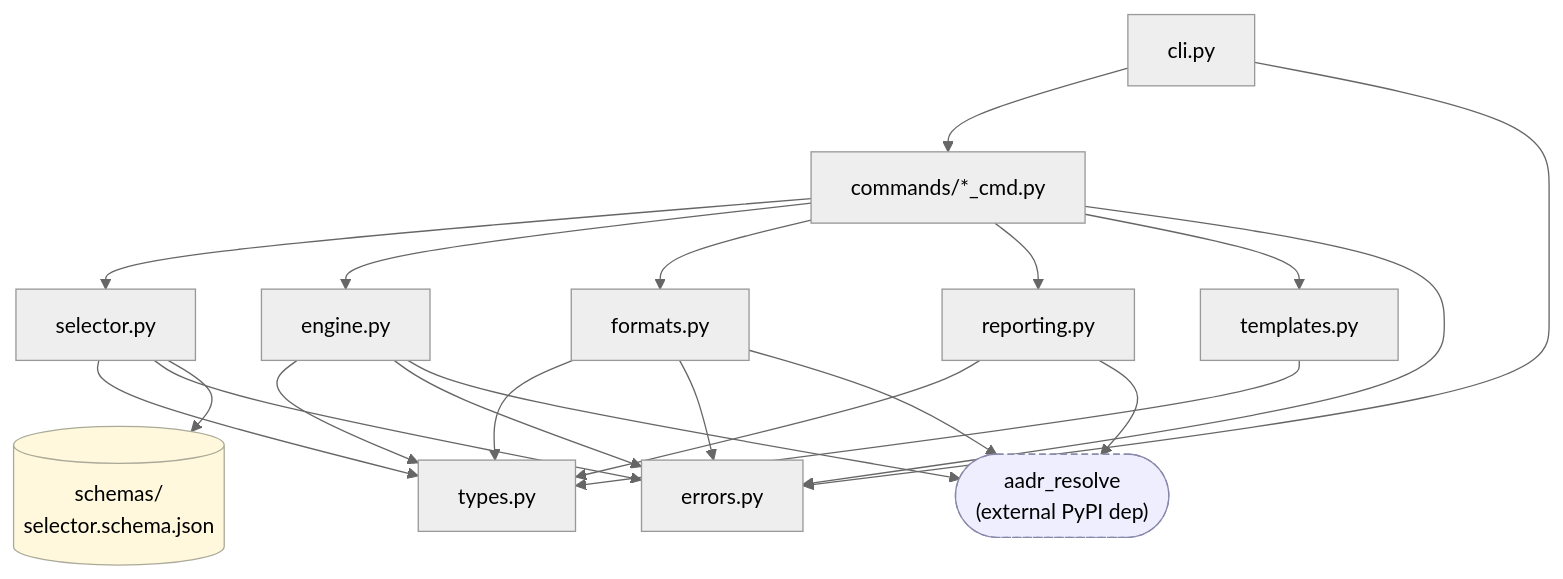
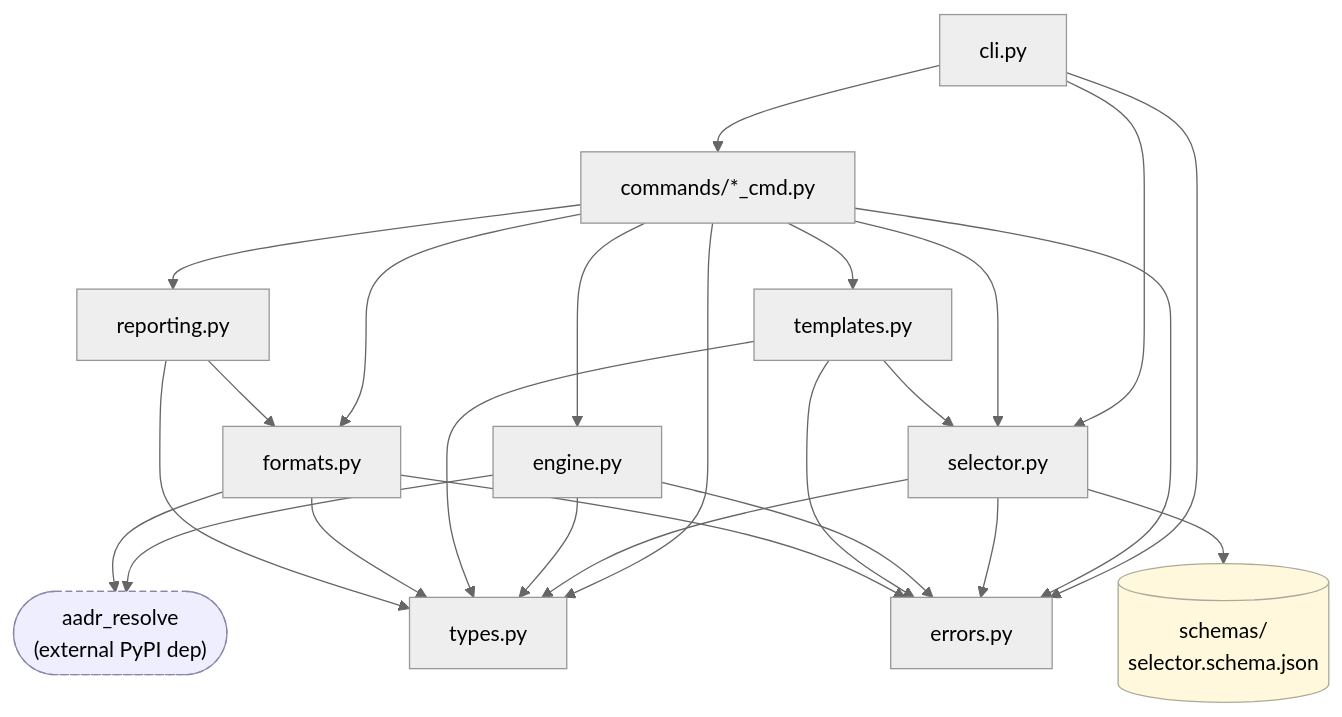
Before and after one commit to carstenerickson/aadr-subset: the second of 3 diagrams in DEVELOPMENT.md, drawn with Mermaid (neutral theme). The commit also changed other lines of this file, not shown here.

First line of the commit message:
docs: DEVELOPMENT.md dep graph corrections + diagram polish

````diff
--- a/DEVELOPMENT.md
+++ b/DEVELOPMENT.md
@@ -83,46 +93,50 @@
 ```mermaid
 graph TD
   cli[cli.py]
   commands["commands/*_cmd.py"]
   formats[formats.py]
   reporting[reporting.py]
   templates[templates.py]
   selector[selector.py]
   engine[engine.py]
   types[types.py]
   errors[errors.py]
   schema[("schemas/<br/>selector.schema.json")]
   aadr_resolve(["aadr_resolve<br/>(external PyPI dep)"])
 
   cli --> commands
+  cli --> selector
   cli --> errors
 
   commands --> selector
   commands --> engine
   commands --> formats
   commands --> reporting
   commands --> templates
+  commands --> types
   commands --> errors
 
   selector --> types
   selector --> errors
   selector --> schema
 
   engine --> types
   engine --> errors
   engine --> aadr_resolve
 
+  templates --> selector
   templates --> types
+  templates --> errors
 
   formats --> types
   formats --> errors
   formats --> aadr_resolve
 
+  reporting --> formats
   reporting --> types
-  reporting --> aadr_resolve
 
   classDef external fill:#eef,stroke:#88a,stroke-dasharray:5 3
   class aadr_resolve external
   classDef data fill:#fff8dd,stroke:#aa9
   class schema data
 ```
````
